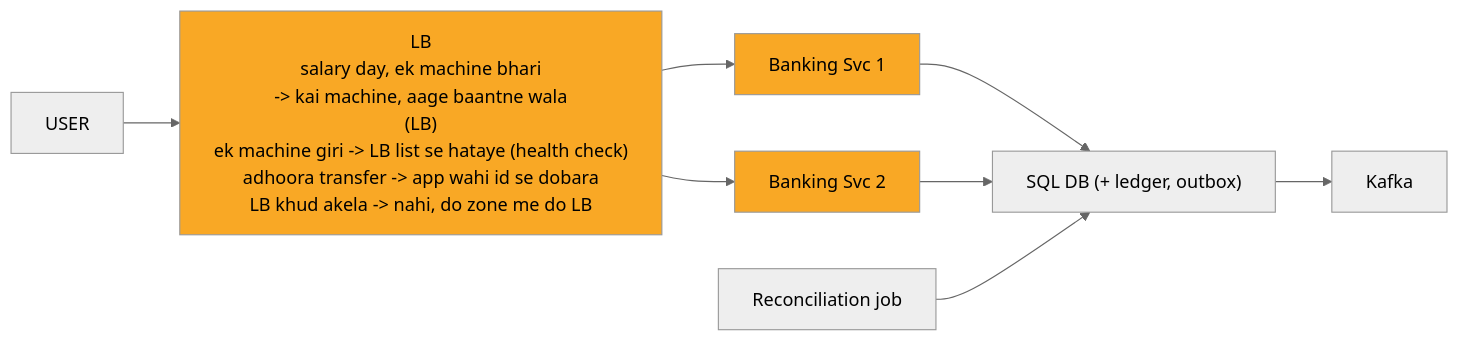
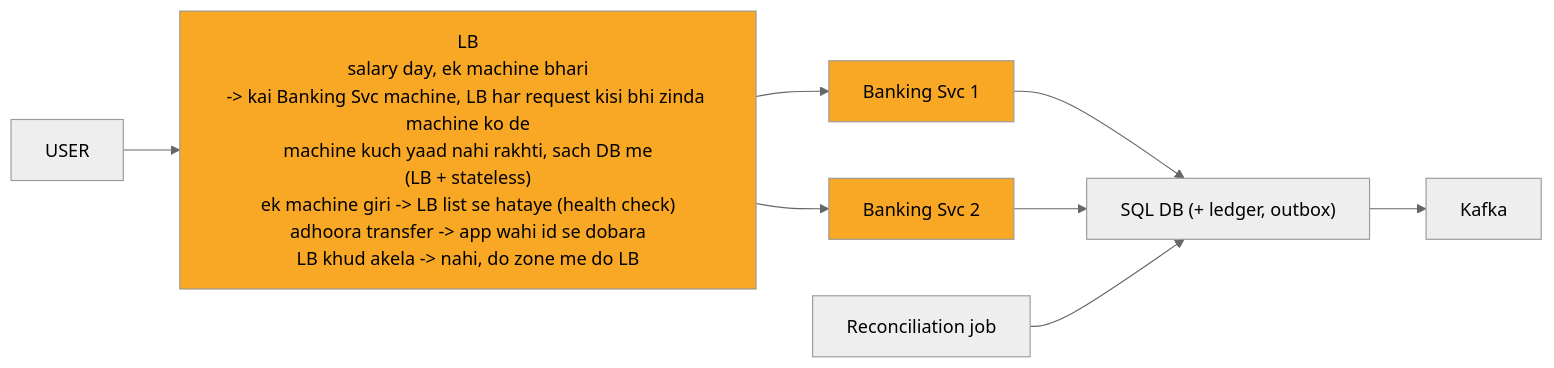
One commit to ArpanMaheshwari144/Prep changed the eighth of 13 diagrams in 04_HLD/SYSTEM_DESIGNS/13_banking_system/13_banking_system.md. Above: the diagram before and after it, drawn with Mermaid (neutral theme). The commit also changed other lines of this file and 13 other files, not shown here.

````diff
--- a/04_HLD/SYSTEM_DESIGNS/13_banking_system/13_banking_system.md
+++ b/04_HLD/SYSTEM_DESIGNS/13_banking_system/13_banking_system.md
@@ -264,21 +263,21 @@
 ```mermaid
 %%{init: {"flowchart": {"wrappingWidth": 450}}}%%
 flowchart LR
     n_USER["USER"]
-    n_LB["LB<br/>salary day, ek machine bhari<br/>-> kai machine, aage baantne wala<br/>(LB)<br/>ek machine giri -> LB list se hataye (health check)<br/>adhoora transfer -> app wahi id se dobara<br/>LB khud akela -> nahi, do zone me do LB"]
+    n_LB["LB<br/>salary day, ek machine bhari<br/>-> kai Banking Svc machine, LB har request kisi bhi zinda machine ko de<br/>machine kuch yaad nahi rakhti, sach DB me<br/>(LB + stateless)<br/>ek machine giri -> LB list se hataye (health check)<br/>adhoora transfer -> app wahi id se dobara<br/>LB khud akela -> nahi, do zone me do LB"]
     n_S1["Banking Svc 1"]
     n_S2["Banking Svc 2"]
     n_DB["SQL DB (+ ledger, outbox)"]
     n_K["Kafka"]
     n_REC["Reconciliation job"]
     n_USER --> n_LB
     n_LB --> n_S1
     n_LB --> n_S2
     n_S1 --> n_DB
     n_S2 --> n_DB
     n_DB --> n_K
     n_REC --> n_DB
     style n_LB fill:#f9a825,color:#000
     style n_S1 fill:#f9a825,color:#000
     style n_S2 fill:#f9a825,color:#000
 ```
````
